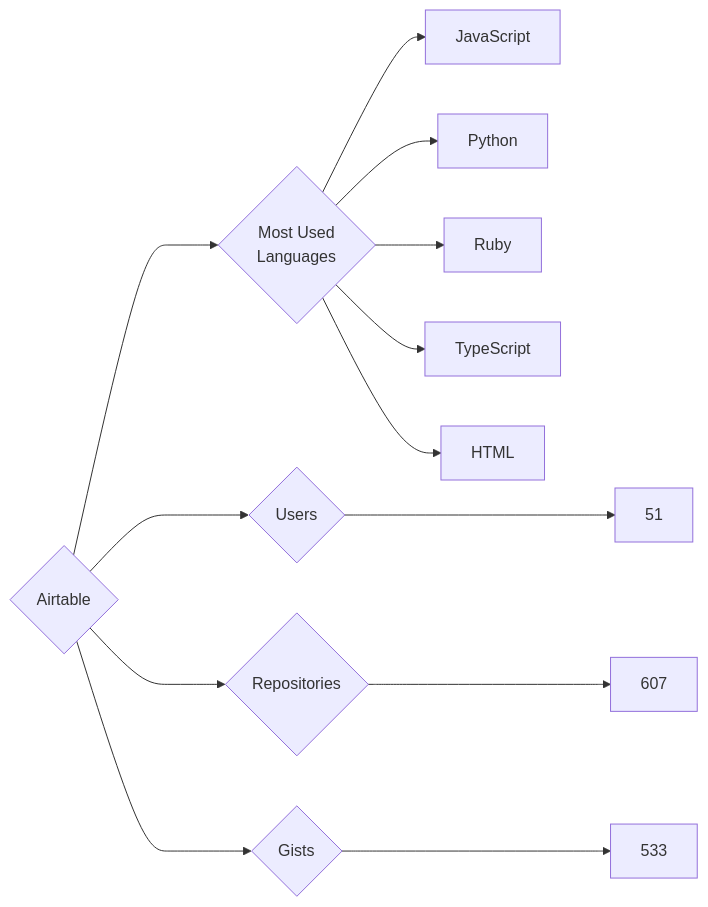
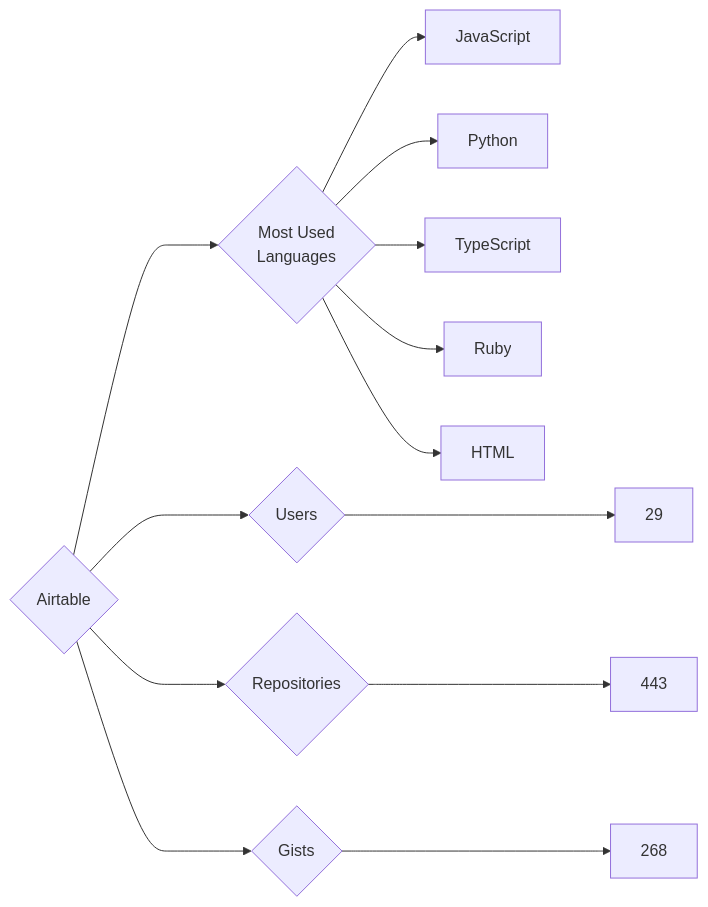
The diagram in targets/Airtable/README.md (trickest/insiders), drawn with Mermaid before and after one commit. The commit also changed 682 other files, not shown here.

````diff
--- a/targets/Airtable/README.md
+++ b/targets/Airtable/README.md
@@ -3,13 +3,13 @@
 ```mermaid
 graph LR
 COMPANY_NAME{Airtable}
-COMPANY_NAME ---> U{Users} ---> UN[51]
-COMPANY_NAME ---> R{Repositories} ---> RN[607]
-COMPANY_NAME ---> G{Gists} ---> GN[533]
+COMPANY_NAME ---> U{Users} ---> UN[29]
+COMPANY_NAME ---> R{Repositories} ---> RN[443]
+COMPANY_NAME ---> G{Gists} ---> GN[268]
 COMPANY_NAME ---> ML{Most Used<br>Languages}
 ML --> JavaScript[JavaScript]
 ML --> Python[Python]
+ML --> TypeScript[TypeScript]
 ML --> Ruby[Ruby]
-ML --> TypeScript[TypeScript]
 ML --> HTML[HTML]
 ```
````
